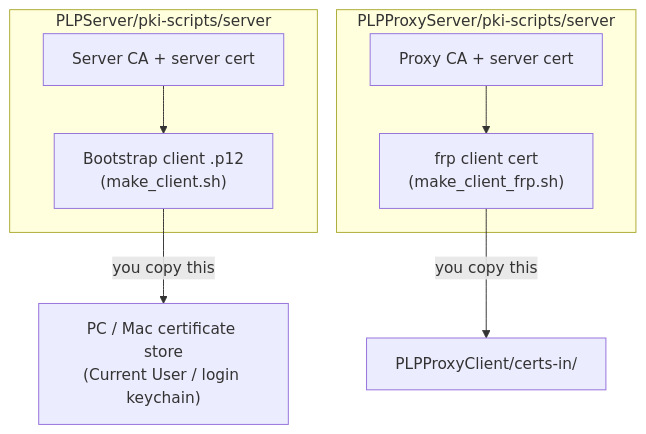
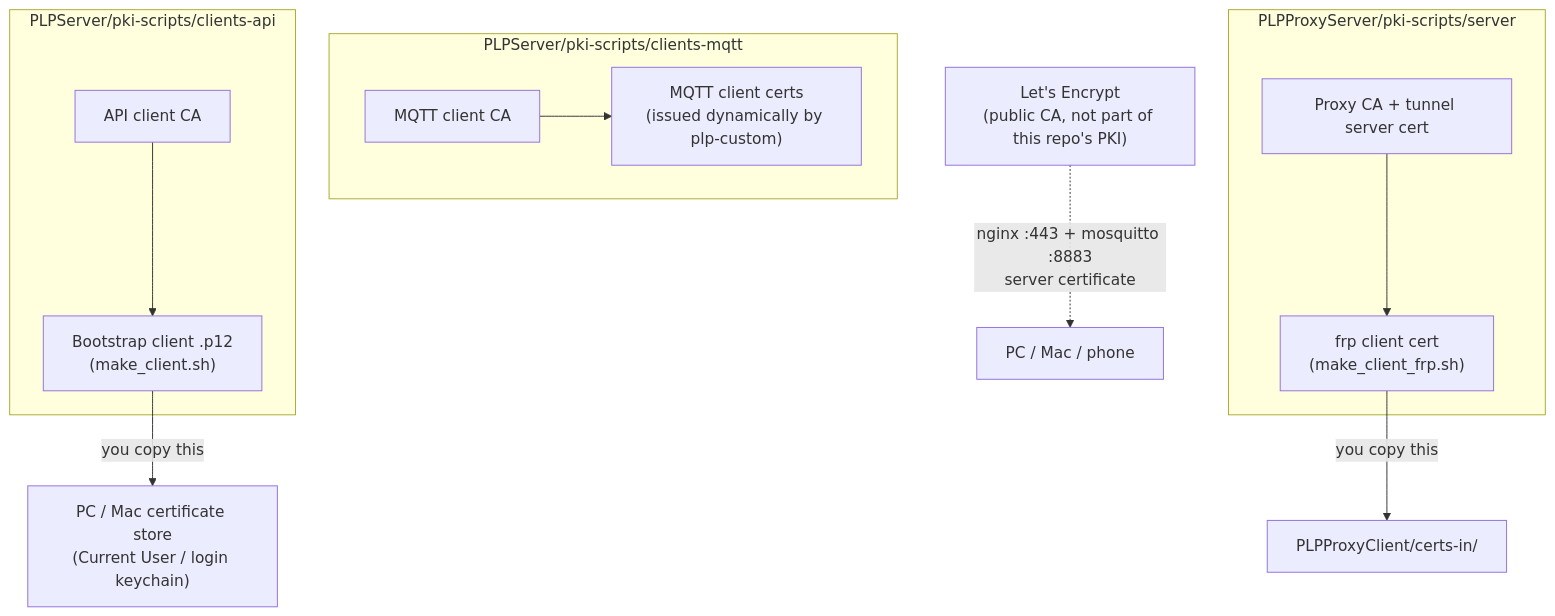
One commit to phraselock/PhraseLock-Bridge changed the fourth of 7 diagrams in README.md. Above: the diagram before and after it, drawn with Mermaid. The commit also changed other lines of this file, not shown here.

First line of the commit message:
Update README for Let's Encrypt migration and PLPProxy port-80 tunnel

````diff
--- a/README.md
+++ b/README.md
@@ -225,14 +253,21 @@
 ```mermaid
 flowchart TD
-    subgraph S["PLPServer/pki-scripts/server"]
-        SCA[Server CA + server cert]
+    subgraph S["PLPServer/pki-scripts/clients-api"]
+        SCA[API client CA]
         SCA --> P12["Bootstrap client .p12<br/>(make_client.sh)"]
     end
     P12 -->|you copy this| PCMac["PC / Mac certificate store<br/>(Current User / login keychain)"]
 
+    subgraph SM["PLPServer/pki-scripts/clients-mqtt"]
+        MCA[MQTT client CA]
+        MCA --> MCert["MQTT client certs<br/>(issued dynamically by plp-custom)"]
+    end
+
     subgraph P["PLPProxyServer/pki-scripts/server"]
-        PCA[Proxy CA + server cert]
+        PCA[Proxy CA + tunnel server cert]
         PCA --> FRPCert["frp client cert<br/>(make_client_frp.sh)"]
     end
     FRPCert -->|you copy this| CI["PLPProxyClient/certs-in/"]
+
+    LE["Let's Encrypt<br/>(public CA, not part of this repo's PKI)"] -.->|"nginx :443 + mosquitto :8883<br/>server certificate"| Devices["PC / Mac / phone"]
 ```
````
